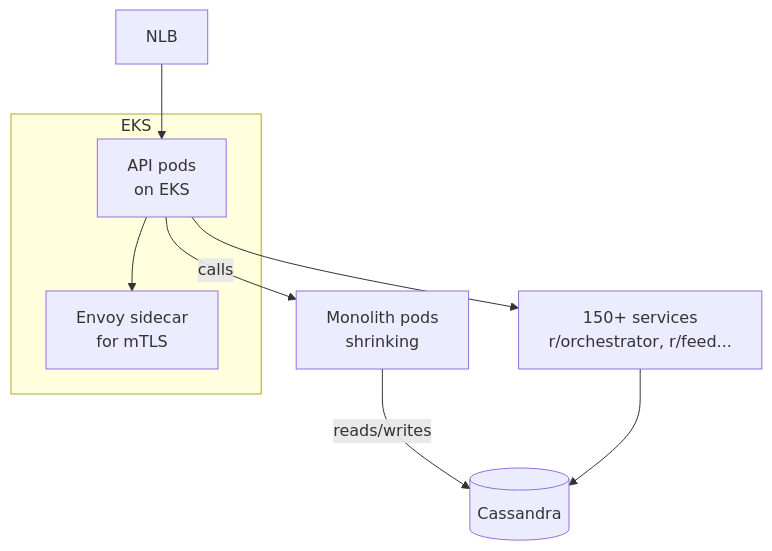
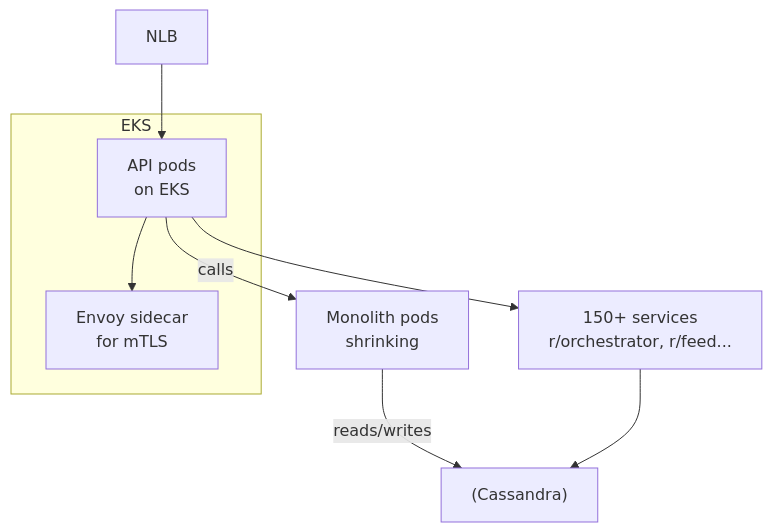
The diagram in 17-company-cases/reddit.md (WhoisMonesh/K8S-Everything), drawn with Mermaid before and after one commit. The commit also changed 62 other files, not shown here.

First line of the commit message:
Fix all Mermaid diagrams for GitHub compatibility

````diff
--- a/17-company-cases/reddit.md
+++ b/17-company-cases/reddit.md
@@ -24,11 +24,11 @@
 ```mermaid
 graph TD
     LB[NLB] --> API[API pods<br/>on EKS]
     API -->|"calls"| Monolith[Monolith pods<br/>shrinking]
     API --> Services[150+ services<br/>r/orchestrator, r/feed...]
-    Monolith -->|"reads/writes"| DB[(Cassandra)]
+    Monolith -->|"reads/writes"| DB["(Cassandra)"]
     Services --> DB
-    subgraph EKS
+    subgraph "EKS"
         API --> Side[Envoy sidecar<br/>for mTLS]
     end
 ```
````
